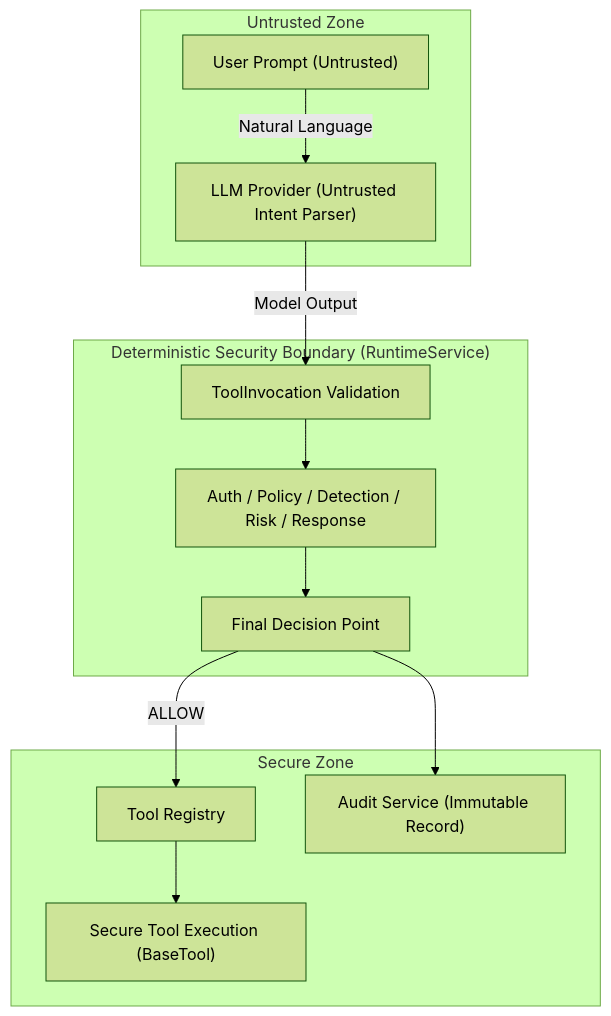
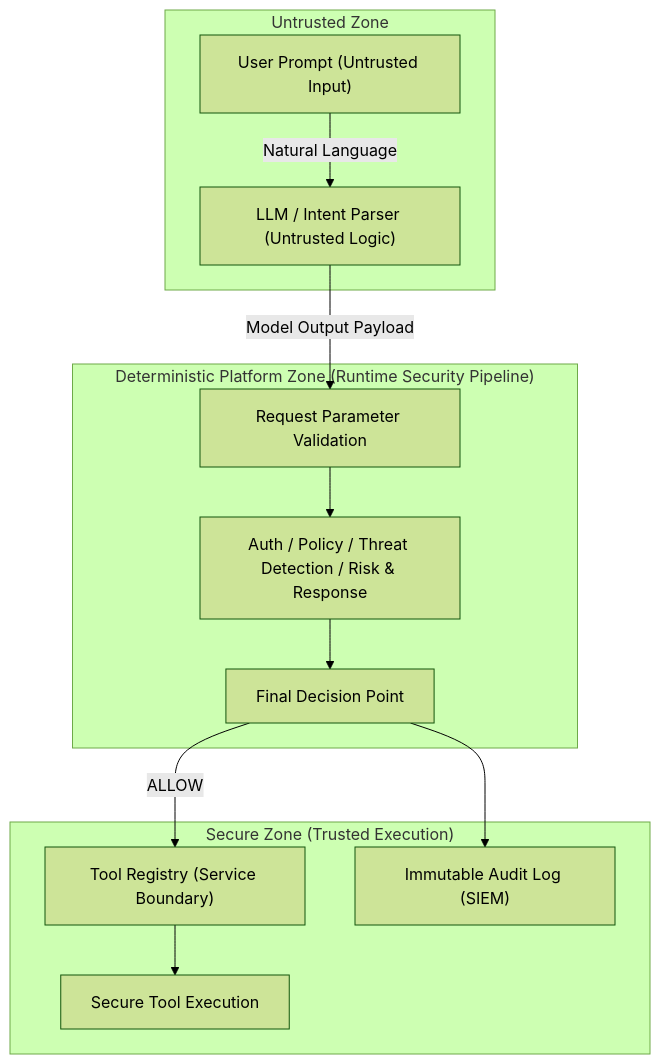
Before and after one commit to mathurshubh/enterprise-agent-security-platform: the first of 2 diagrams in docs/architecture/system-architecture.md, drawn with Mermaid (forest theme). The commit also changed other lines of this file and 4 other files, not shown here.

First line of the commit message:
docs: refine enterprise architecture and security documentation (#60)

````diff
--- a/docs/architecture/system-architecture.md
+++ b/docs/architecture/system-architecture.md
@@ -215,27 +28,27 @@
 ```mermaid
 flowchart TD
-    subgraph UntrustedZone [Untrusted Zone]
-        Prompt["User Prompt (Untrusted)"]
-        LLM["LLM Provider (Untrusted Intent Parser)"]
+    subgraph UntrustedZone ["Untrusted Zone"]
+        Prompt["User Prompt (Untrusted Input)"]
+        LLM["LLM / Intent Parser (Untrusted Logic)"]
     end
 
-    subgraph TrustBoundary ["Deterministic Security Boundary (RuntimeService)"]
-        Validation["ToolInvocation Validation"]
-        Pipeline["Auth / Policy / Detection / Risk / Response"]
+    subgraph DeterministicPlatform ["Deterministic Platform Zone (Runtime Security Pipeline)"]
+        Validation["Request Parameter Validation"]
+        Pipeline["Auth / Policy / Threat Detection / Risk & Response"]
         FinalDecision["Final Decision Point"]
     end
 
-    subgraph SecureZone [Secure Zone]
-        Registry["Tool Registry"]
-        Execution["Secure Tool Execution (BaseTool)"]
-        Audit["Audit Service (Immutable Record)"]
+    subgraph SecureExecutionZone ["Secure Zone (Trusted Execution)"]
+        Registry["Tool Registry (Service Boundary)"]
+        Execution["Secure Tool Execution"]
+        Audit["Immutable Audit Log (SIEM)"]
     end
 
     Prompt -->|Natural Language| LLM
-    LLM -->|Model Output| Validation
+    LLM -->|Model Output Payload| Validation
     Validation --> Pipeline
     Pipeline --> FinalDecision
     FinalDecision -->|ALLOW| Registry
     Registry --> Execution
     FinalDecision --> Audit
 ```
````
